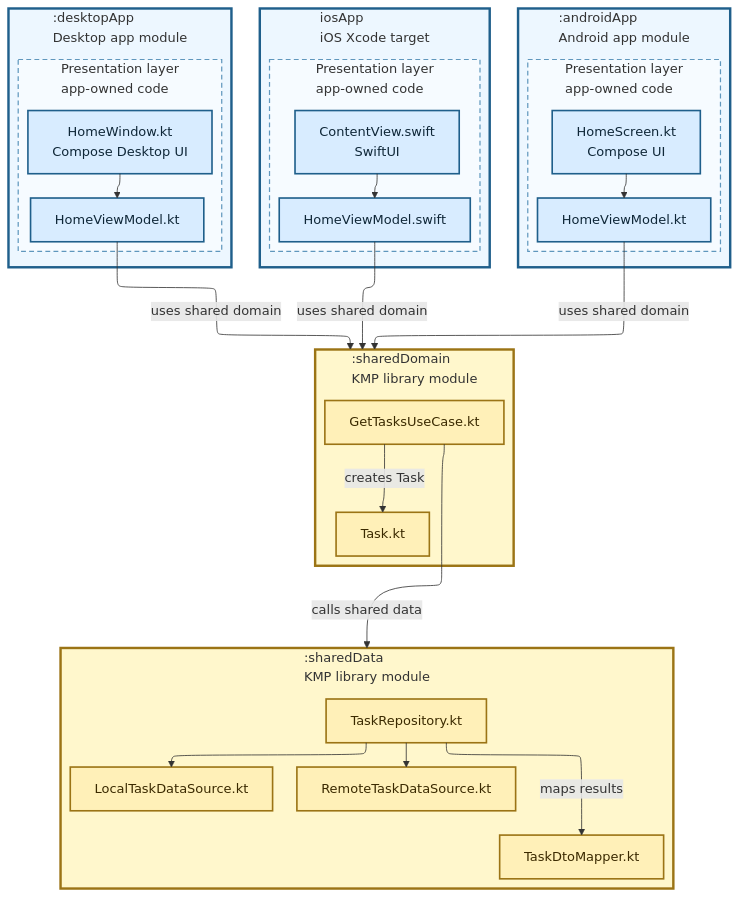
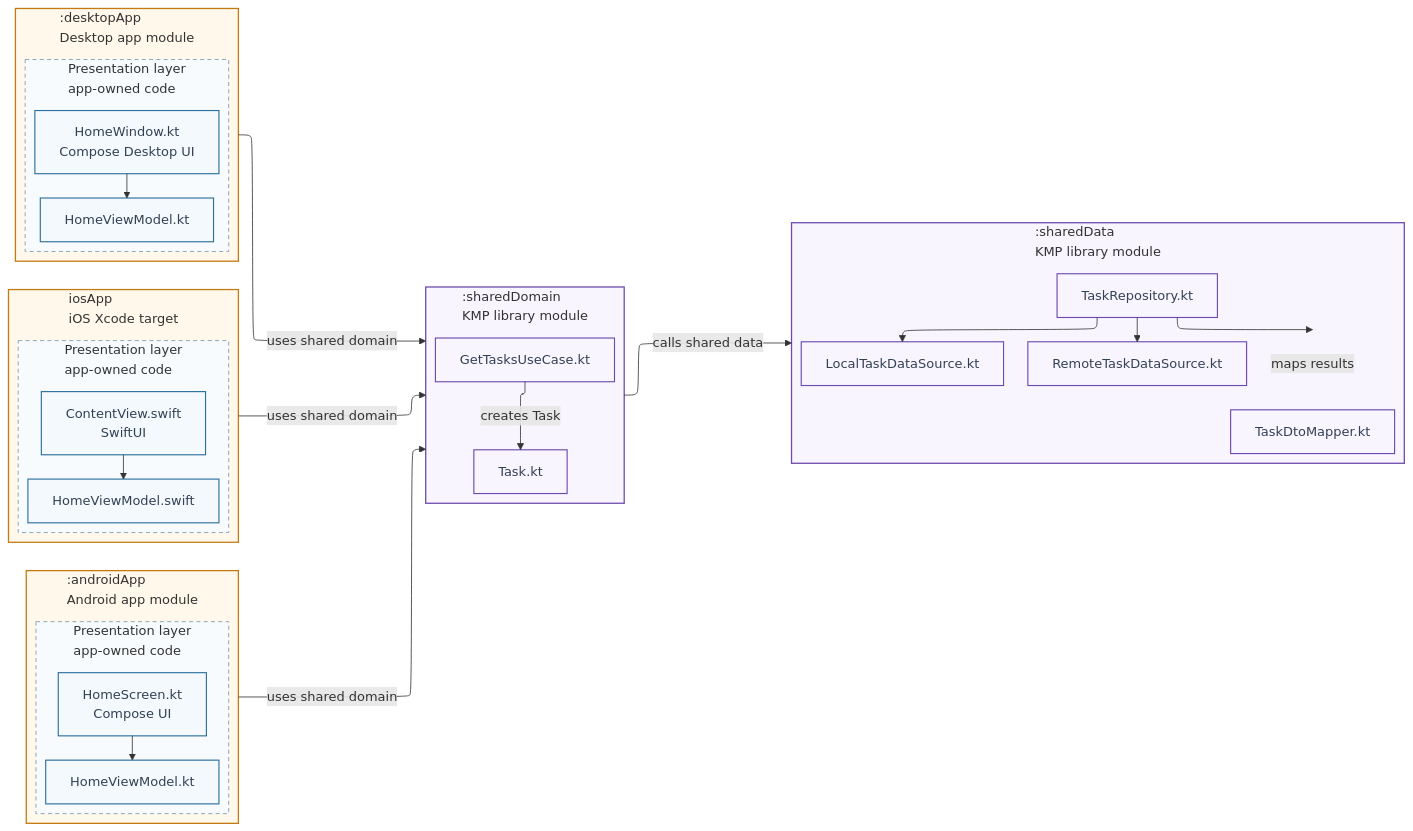
The diagram in diagrams/18-three-layer-kmp-domain-data.md (TheSetox/kmp-sample-diagrams), drawn with Mermaid before and after one commit. The commit also changed 42 other files, not shown here.

Commit message:
Redesign Mermaid architecture diagrams

````diff
--- a/diagrams/18-three-layer-kmp-domain-data.md
+++ b/diagrams/18-three-layer-kmp-domain-data.md
@@ -5,74 +5,74 @@
 ```mermaid
 ---
 config:
   layout: elk
   elk:
     nodePlacementStrategy: LINEAR_SEGMENTS
 ---
-flowchart TB
+flowchart LR
   subgraph Android[":androidApp\nAndroid app module"]
     direction TB
     subgraph APresentation["Presentation layer\napp-owned code"]
       direction TB
       AUI["HomeScreen.kt\nCompose UI"]
       AVM["HomeViewModel.kt"]
       AUI --> AVM
     end
   end
 
   subgraph IOS["iosApp\niOS Xcode target"]
     direction TB
     subgraph IPresentation["Presentation layer\napp-owned code"]
       direction TB
       IUI["ContentView.swift\nSwiftUI"]
       IVM["HomeViewModel.swift"]
       IUI --> IVM
     end
   end
 
   subgraph Desktop[":desktopApp\nDesktop app module"]
     direction TB
     subgraph DPresentation["Presentation layer\napp-owned code"]
       direction TB
       DUI["HomeWindow.kt\nCompose Desktop UI"]
       DVM["HomeViewModel.kt"]
       DUI --> DVM
     end
   end
 
   subgraph Domain[":sharedDomain\nKMP library module"]
     direction TB
     UseCase["GetTasksUseCase.kt"]
     Entity["Task.kt"]
     UseCase -->|"creates Task"| Entity
   end
 
   subgraph Data[":sharedData\nKMP library module"]
     direction TB
     Repository["TaskRepository.kt"]
     Remote["RemoteTaskDataSource.kt"]
     Cache["LocalTaskDataSource.kt"]
     Mapper["TaskDtoMapper.kt"]
     Repository --> Remote
     Repository --> Cache
     Repository -->|"maps results"| Mapper
   end
 
-  DVM -->|"uses shared domain"| Domain
-  IVM -->|"uses shared domain"| Domain
-  AVM -->|"uses shared domain"| Domain
-  UseCase -->|"calls shared data"| Data
+  Desktop -->|"uses shared domain"| Domain
+  IOS -->|"uses shared domain"| Domain
+  Android -->|"uses shared domain"| Domain
+  Domain -->|"calls shared data"| Data
 
-  classDef app fill:#d8ecff,stroke:#1f5f8b,color:#0f2738,stroke-width:2px;
-  classDef kmp fill:#fff0b8,stroke:#9b7415,color:#3b2a00,stroke-width:2px;
+  classDef app fill:#f3f9fc,stroke:#2b6f9e,color:#334155,stroke-width:1.4px;
+  classDef kmp fill:#f8f5fe,stroke:#6e4bae,color:#334155,stroke-width:1.4px;
   class AUI,AVM,IUI,IVM,DUI,DVM app;
   class UseCase,Entity,Repository,Remote,Cache,Mapper kmp;
-  style Android fill:#edf7ff,stroke:#1f5f8b,stroke-width:3px
-  style IOS fill:#edf7ff,stroke:#1f5f8b,stroke-width:3px
-  style Desktop fill:#edf7ff,stroke:#1f5f8b,stroke-width:3px
-  style APresentation fill:#f6fbff,stroke:#5f97bd,stroke-width:1.5px,stroke-dasharray:6 4
-  style IPresentation fill:#f6fbff,stroke:#5f97bd,stroke-width:1.5px,stroke-dasharray:6 4
-  style DPresentation fill:#f6fbff,stroke:#5f97bd,stroke-width:1.5px,stroke-dasharray:6 4
-  style Domain fill:#fff7cc,stroke:#9b7415,stroke-width:3px
-  style Data fill:#fff7cc,stroke:#9b7415,stroke-width:3px
+  style Android fill:#fff8eb,stroke:#c47a12,stroke-width:1.6px
+  style IOS fill:#fff8eb,stroke:#c47a12,stroke-width:1.6px
+  style Desktop fill:#fff8eb,stroke:#c47a12,stroke-width:1.6px
+  style APresentation fill:#f8fbfd,stroke:#8aa7bc,stroke-width:1.2px,stroke-dasharray:5 4
+  style IPresentation fill:#f8fbfd,stroke:#8aa7bc,stroke-width:1.2px,stroke-dasharray:5 4
+  style DPresentation fill:#f8fbfd,stroke:#8aa7bc,stroke-width:1.2px,stroke-dasharray:5 4
+  style Domain fill:#f8f5fe,stroke:#6e4bae,stroke-width:1.6px
+  style Data fill:#f8f5fe,stroke:#6e4bae,stroke-width:1.6px
 ```
````
